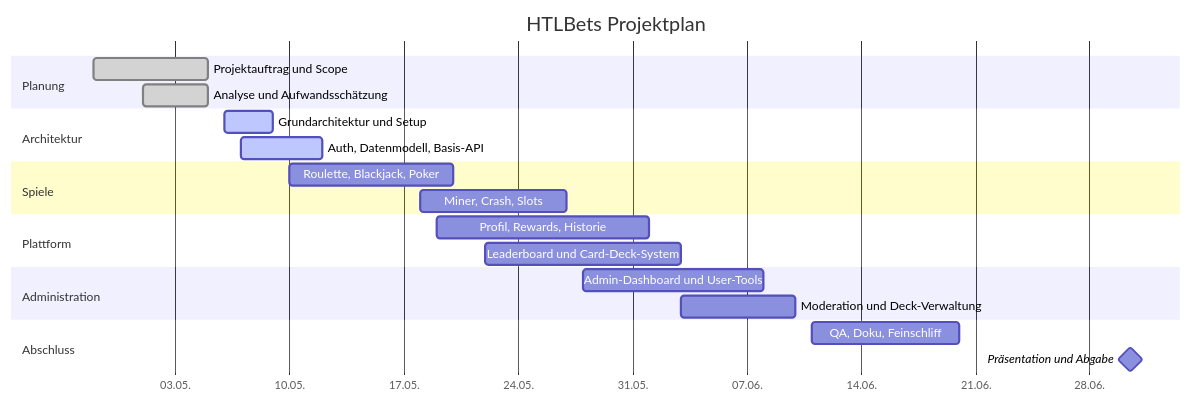
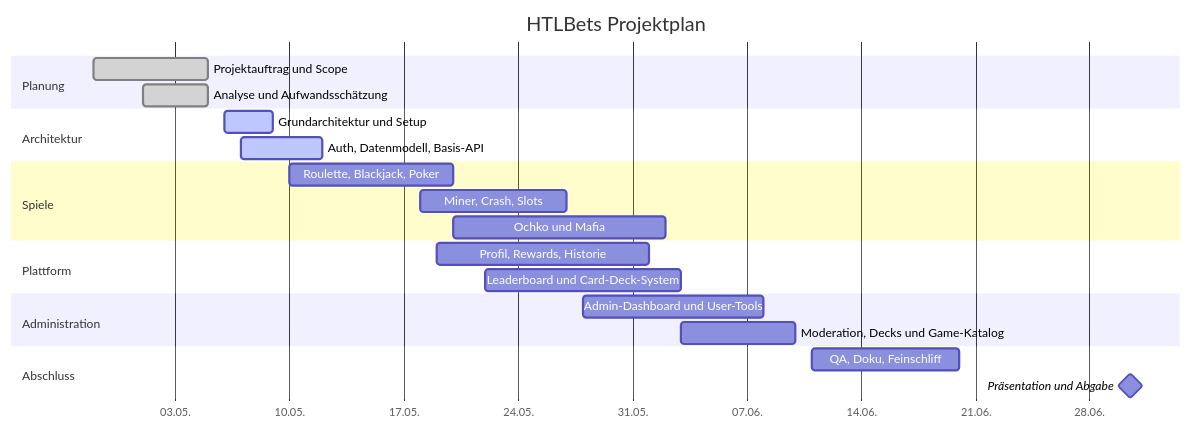
One commit to so-s1m4/HTLBets changed the diagram in projektmanagement/Gantt-Plan.md. Above: the diagram before and after it, drawn with Mermaid. The commit also changed other lines of this file and 7 other files, not shown here.

````diff
--- a/projektmanagement/Gantt-Plan.md
+++ b/projektmanagement/Gantt-Plan.md
@@ -10,30 +10,31 @@
 ```mermaid
 gantt
     title HTLBets Projektplan
     dateFormat  YYYY-MM-DD
     axisFormat  %d.%m.
 
     section Planung
     Projektauftrag und Scope            :done, p1, 2026-04-28, 2026-05-05
     Analyse und Aufwandsschätzung       :done, p2, 2026-05-01, 2026-05-05
 
     section Architektur
     Grundarchitektur und Setup          :active, a1, 2026-05-06, 2026-05-09
     Auth, Datenmodell, Basis-API        :active, a2, 2026-05-07, 2026-05-12
 
     section Spiele
     Roulette, Blackjack, Poker          :g1, 2026-05-10, 2026-05-20
     Miner, Crash, Slots                 :g2, 2026-05-18, 2026-05-27
+    Ochko und Mafia                     :g3, 2026-05-20, 2026-06-02
 
     section Plattform
     Profil, Rewards, Historie           :s1, 2026-05-19, 2026-06-01
     Leaderboard und Card-Deck-System    :s2, 2026-05-22, 2026-06-03
 
     section Administration
     Admin-Dashboard und User-Tools      :ad1, 2026-05-28, 2026-06-08
-    Moderation und Deck-Verwaltung      :ad2, 2026-06-03, 2026-06-10
+    Moderation, Decks und Game-Katalog  :ad2, 2026-06-03, 2026-06-10
 
     section Abschluss
     QA, Doku, Feinschliff               :q1, 2026-06-11, 2026-06-20
     Präsentation und Abgabe             :milestone, m1, 2026-06-30, 1d
 ```
````
